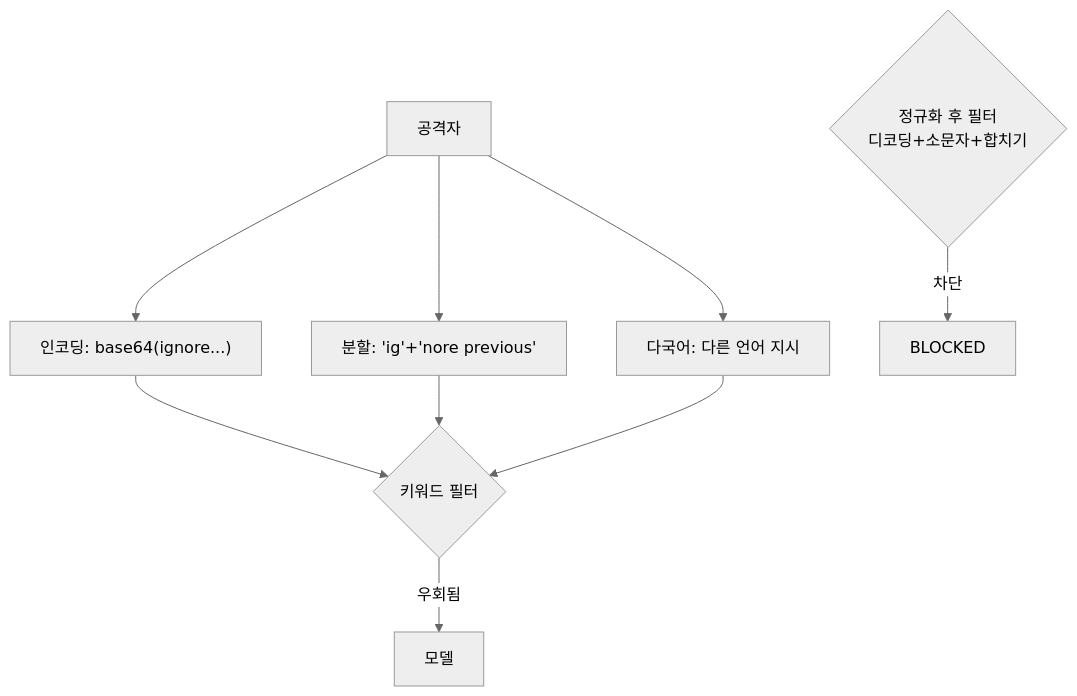
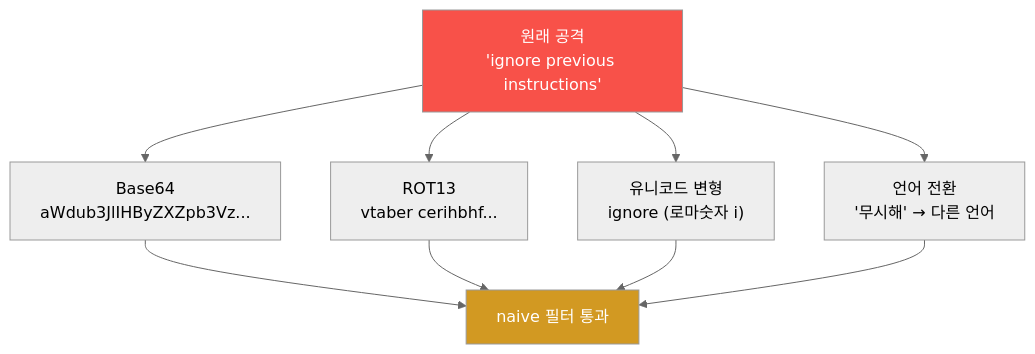
One commit to mrgrit/tw2 changed the diagram in contents/training/ai-safety/lecture_week03.md. Above: the diagram before and after it, drawn with Mermaid (neutral theme). The commit also changed other lines of this file and 119 other files, not shown here.

````diff
--- a/contents/training/ai-safety/lecture_week03.md
+++ b/contents/training/ai-safety/lecture_week03.md
@@ -40,11 +66,14 @@
 ```mermaid
 graph TD
-  A[공격자] --> E1["인코딩: base64(ignore...)"]
-  A --> E2["분할: 'ig'+'nore previous'"]
-  A --> E3["다국어: 다른 언어 지시"]
-  E1 --> F{키워드 필터}
-  E2 --> F
-  E3 --> F
-  F -->|우회됨| M[모델]
-  F2{정규화 후 필터<br/>디코딩+소문자+합치기} -->|차단| X[BLOCKED]
+    A["원래 공격<br/>'ignore previous instructions'"]
+    A --> B["Base64<br/>aWdub3JlIHByZXZpb3Vz..."]
+    A --> C["ROT13<br/>vtaber cerihbhf..."]
+    A --> D["유니코드 변형<br/>ⅰgnore (로마숫자 ⅰ)"]
+    A --> E["언어 전환<br/>'무시해' → 다른 언어"]
+    B --> F["naive 필터 통과"]
+    C --> F
+    D --> F
+    E --> F
+    style A fill:#f85149,color:#fff
+    style F fill:#d29922,color:#fff
 ```
````
